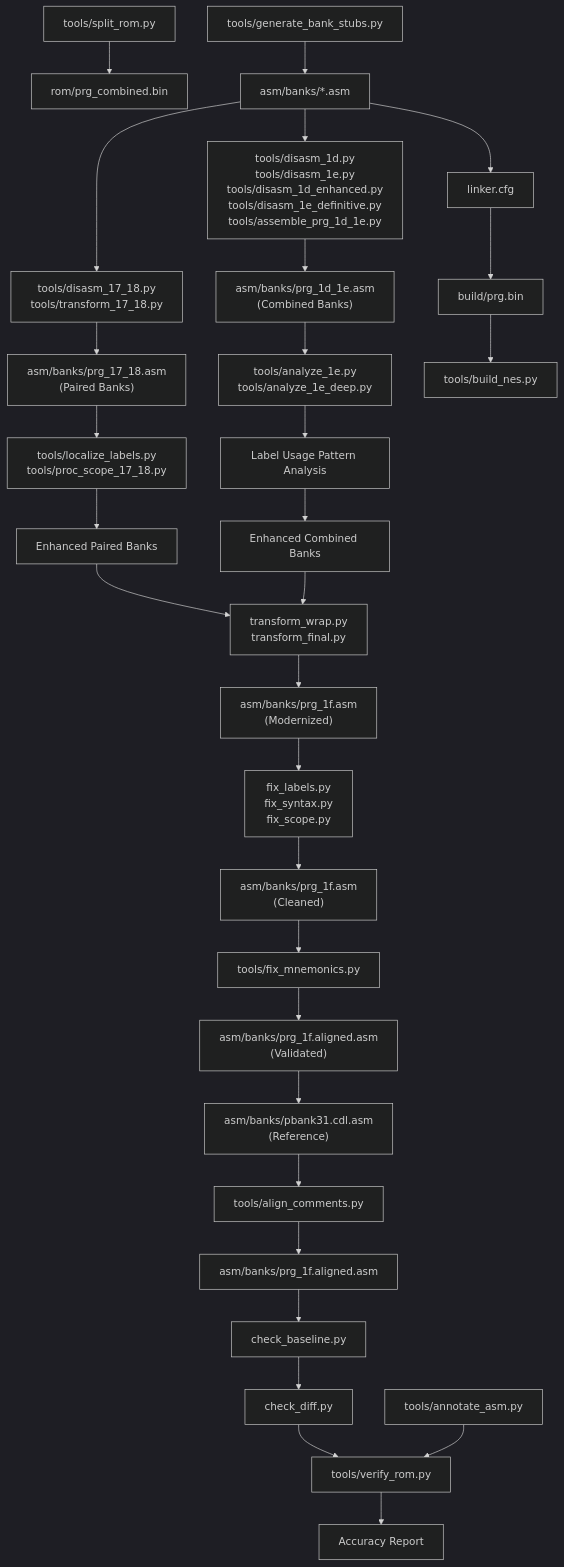
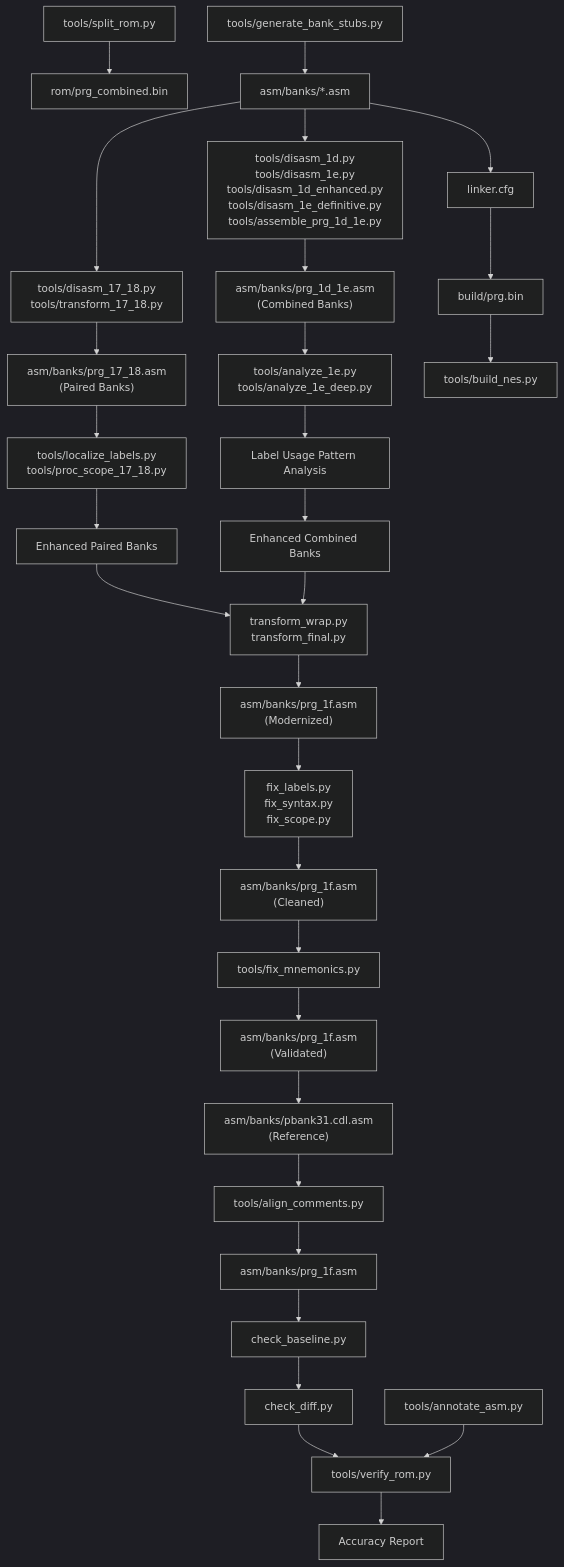
One commit to rabbyzero/sango2dasm changed the seventh of 7 diagrams in .qoder/repowiki/en/content/Disassembly Workflow/Disassembly Workflow.md. Above: the diagram before and after it, drawn with Mermaid (dark theme). The commit also changed other lines of this file and 31 other files, not shown here.

Commit message:
prg bank $0a $0b WIP. rename prg_1f.aligned.asm to prg_1f.asm.

````diff
--- a/.qoder/repowiki/en/content/Disassembly Workflow/Disassembly Workflow.md
+++ b/.qoder/repowiki/en/content/Disassembly Workflow/Disassembly Workflow.md
@@ -753,32 +753,32 @@
 ```mermaid
 graph TB
 SPLIT["tools/split_rom.py"] --> BIN["rom/prg_combined.bin"]
 STUB["tools/generate_bank_stubs.py"] --> ASM["asm/banks/*.asm"]
 ASM --> DIS1718["tools/disasm_17_18.py<br/>tools/transform_17_18.py"]
 DIS1718 --> PAIR["asm/banks/prg_17_18.asm<br/>(Paired Banks)"]
 PAIR --> LABEL1718["tools/localize_labels.py<br/>tools/proc_scope_17_18.py"]
 LABEL1718 --> PAIR_ENHANCED["Enhanced Paired Banks"]
 ASM --> DIS1D1E["tools/disasm_1d.py<br/>tools/disasm_1e.py<br/>tools/disasm_1d_enhanced.py<br/>tools/disasm_1e_definitive.py<br/>tools/assemble_prg_1d_1e.py"]
 DIS1D1E --> COMB["asm/banks/prg_1d_1e.asm<br/>(Combined Banks)"]
 COMB --> ANALYZE1E["tools/analyze_1e.py<br/>tools/analyze_1e_deep.py"]
 ANALYZE1E --> LABEL1D1E["Label Usage Pattern Analysis"]
 LABEL1D1E --> COMB_ENHANCED["Enhanced Combined Banks"]
 PAIR_ENHANCED --> TRANS["transform_wrap.py<br/>transform_final.py"]
 COMB_ENHANCED --> TRANS
 TRANS --> MOD["asm/banks/prg_1f.asm<br/>(Modernized)"]
 MOD --> FIX["fix_labels.py<br/>fix_syntax.py<br/>fix_scope.py"]
 FIX --> CLEAN["asm/banks/prg_1f.asm<br/>(Cleaned)"]
 CLEAN --> REF["tools/fix_mnemonics.py"]
-REF --> VALID["asm/banks/prg_1f.aligned.asm<br/>(Validated)"]
+REF --> VALID["asm/banks/prg_1f.asm<br/>(Validated)"]
 VALID --> CDL["asm/banks/pbank31.cdl.asm<br/>(Reference)"]
 CDL --> ALIGN["tools/align_comments.py"]
-ALIGN --> ALIGNED["asm/banks/prg_1f.aligned.asm"]
+ALIGN --> ALIGNED["asm/banks/prg_1f.asm"]
 ALIGNED --> BASE["check_baseline.py"]
 BASE --> DIFF["check_diff.py"]
 DIFF --> VERIFY["tools/verify_rom.py"]
 VERIFY --> ACC["Accuracy Report"]
 ASM --> LINK["linker.cfg"]
 LINK --> OBJ["build/prg.bin"]
 OBJ --> NES["tools/build_nes.py"]
 ANNO["tools/annotate_asm.py"] --> VERIFY
 ```
````
